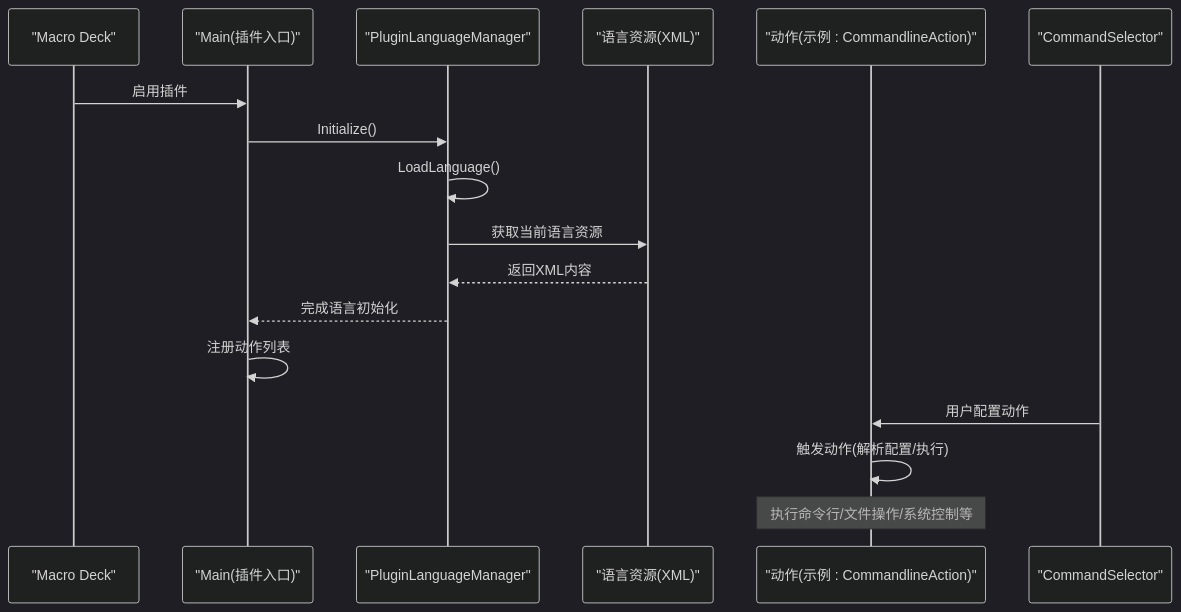
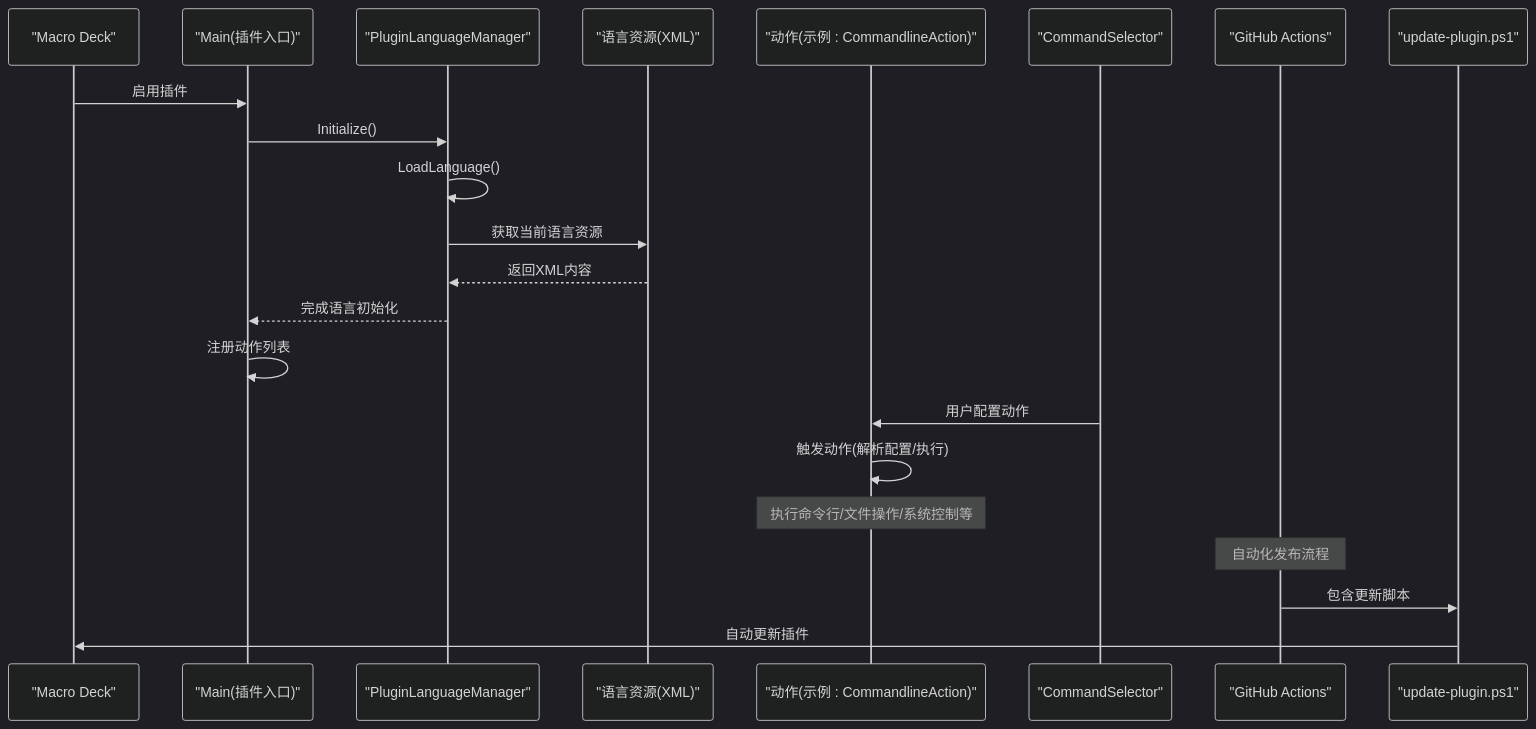
One commit to tea4go/Macro-Deck-Windows-Utils-Plugin changed the second of 8 diagrams in .qoder/repowiki/zh/content/贡献指南.md. Above: the diagram before and after it, drawn with Mermaid (dark theme). The commit also changed other lines of this file and 15 other files, not shown here.

````diff
--- a/.qoder/repowiki/zh/content/贡献指南.md
+++ b/.qoder/repowiki/zh/content/贡献指南.md
@@ -108,19 +116,24 @@
 ```mermaid
 sequenceDiagram
 participant MD as "Macro Deck"
 participant Main as "Main(插件入口)"
 participant LM as "PluginLanguageManager"
 participant Res as "语言资源(XML)"
 participant Act as "动作(示例 : CommandlineAction)"
 participant GUI as "CommandSelector"
+participant GH as "GitHub Actions"
+participant PS as "update-plugin.ps1"
 MD->>Main : 启用插件
 Main->>LM : Initialize()
 LM->>LM : LoadLanguage()
 LM->>Res : 获取当前语言资源
 Res-->>LM : 返回XML内容
 LM-->>Main : 完成语言初始化
 Main->>Main : 注册动作列表
 GUI->>Act : 用户配置动作
 Act->>Act : 触发动作(解析配置/执行)
 Note over Act : 执行命令行/文件操作/系统控制等
+Note over GH : 自动化发布流程
+GH->>PS : 包含更新脚本
+PS->>MD : 自动更新插件
 ```
````
